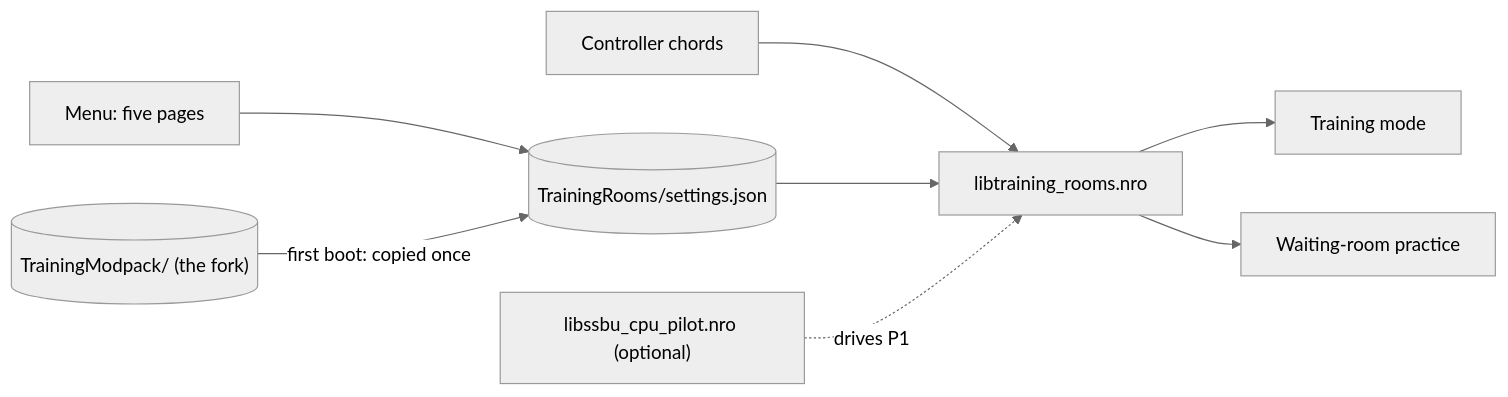
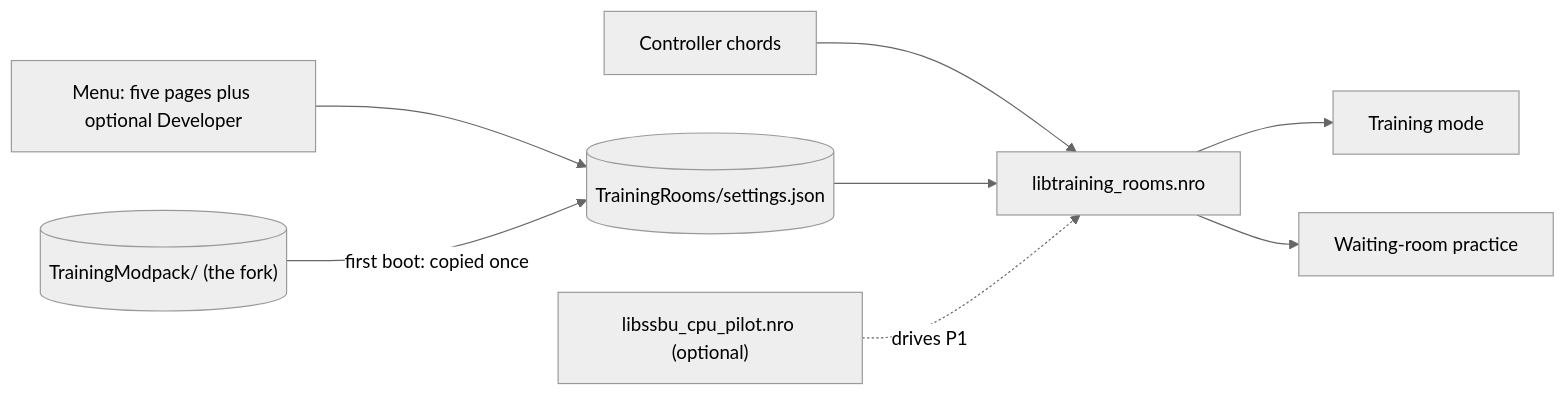
One commit to crashbandicode/TrainingRoomsForUltimate changed the diagram in docs/TECHNICAL.md. Above: the diagram before and after it, drawn with Mermaid (neutral theme). The commit also changed other lines of this file, not shown here.

````diff
--- a/docs/TECHNICAL.md
+++ b/docs/TECHNICAL.md
@@ -21,10 +33,10 @@
 ```mermaid
 flowchart LR
     pad["Controller chords"] --> plugin["libtraining_rooms.nro"]
-    menu["Menu: five pages"] --> settings[("TrainingRooms/settings.json")]
+    menu["Menu: five pages plus optional Developer"] --> settings[("TrainingRooms/settings.json")]
     settings --> plugin
     fork[("TrainingModpack/ (the fork)")] -- "first boot: copied once" --> settings
     pilot["libssbu_cpu_pilot.nro (optional)"] -. "drives P1" .-> plugin
     plugin --> training["Training mode"]
     plugin --> waiting["Waiting-room practice"]
 ```
````
